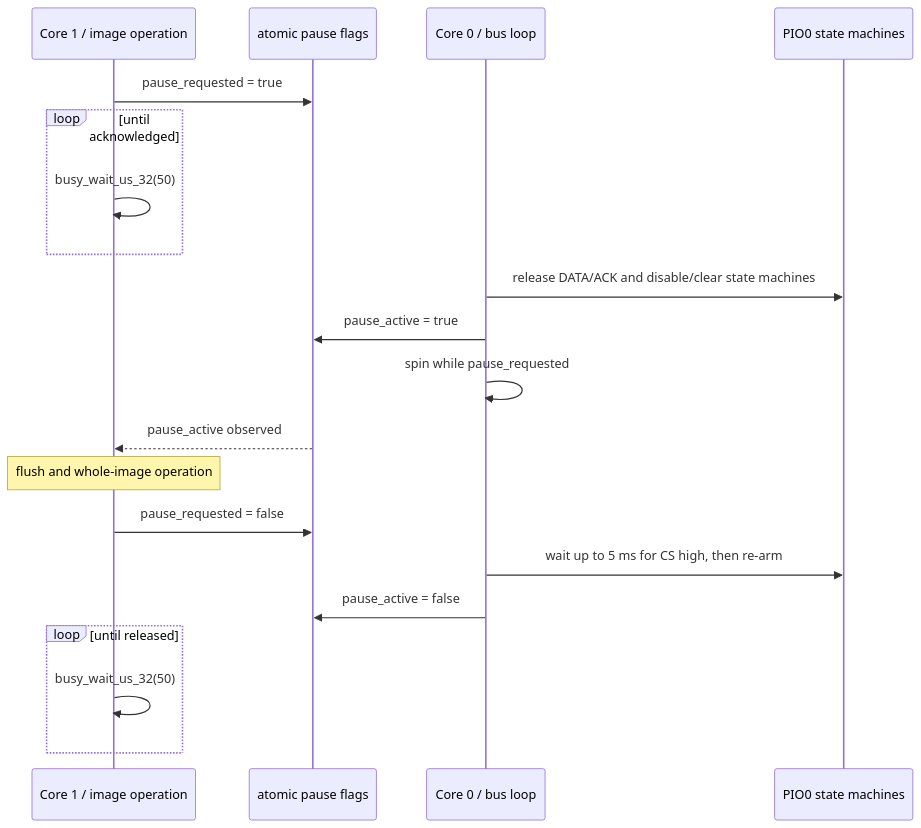
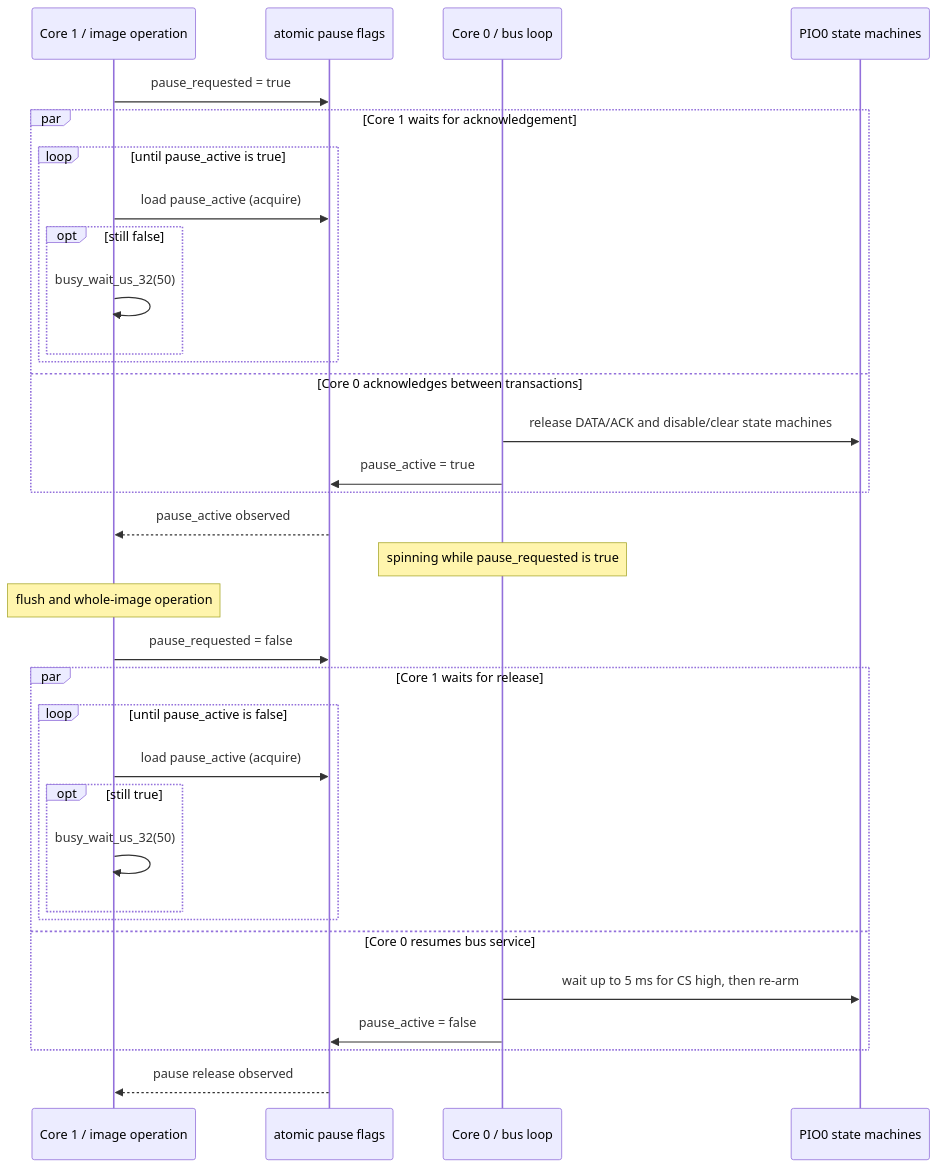
One commit to Blachovsky/PS-microCard changed the second of 2 diagrams in docs/concurrency.md. Above: the diagram before and after it, drawn with Mermaid. The commit also changed 1 other file, not shown here.

````diff
--- a/docs/concurrency.md
+++ b/docs/concurrency.md
@@ -88,25 +88,38 @@
 ```mermaid
 sequenceDiagram
     participant C1 as Core 1 / image operation
     participant FLAG as atomic pause flags
     participant C0 as Core 0 / bus loop
     participant PIO as PIO0 state machines
 
     C1->>FLAG: pause_requested = true
-    loop until acknowledged
-        C1->>C1: busy_wait_us_32(50)
+    par Core 1 waits for acknowledgement
+        loop until pause_active is true
+            C1->>FLAG: load pause_active (acquire)
+            opt still false
+                C1->>C1: busy_wait_us_32(50)
+            end
+        end
+    and Core 0 acknowledges between transactions
+        C0->>PIO: release DATA/ACK and disable/clear state machines
+        C0->>FLAG: pause_active = true
     end
-    C0->>PIO: release DATA/ACK and disable/clear state machines
-    C0->>FLAG: pause_active = true
-    C0->>C0: spin while pause_requested
     FLAG-->>C1: pause_active observed
+    Note over C0: spinning while pause_requested is true
 
     Note over C1: flush and whole-image operation
 
     C1->>FLAG: pause_requested = false
-    C0->>PIO: wait up to 5 ms for CS high, then re-arm
-    C0->>FLAG: pause_active = false
-    loop until released
-        C1->>C1: busy_wait_us_32(50)
+    par Core 1 waits for release
+        loop until pause_active is false
+            C1->>FLAG: load pause_active (acquire)
+            opt still true
+                C1->>C1: busy_wait_us_32(50)
+            end
+        end
+    and Core 0 resumes bus service
+        C0->>PIO: wait up to 5 ms for CS high, then re-arm
+        C0->>FLAG: pause_active = false
     end
+    FLAG-->>C1: pause release observed
 ```
````
